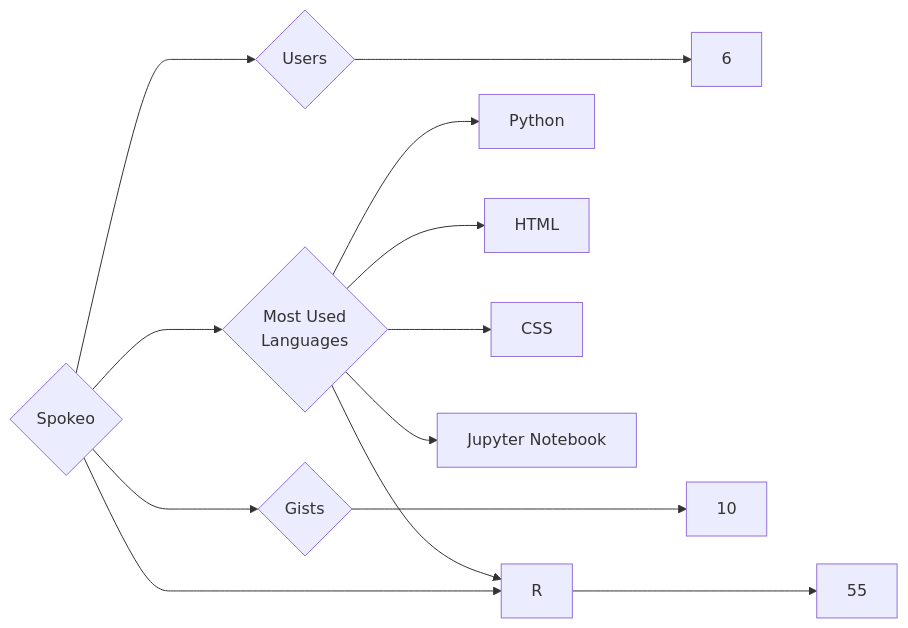
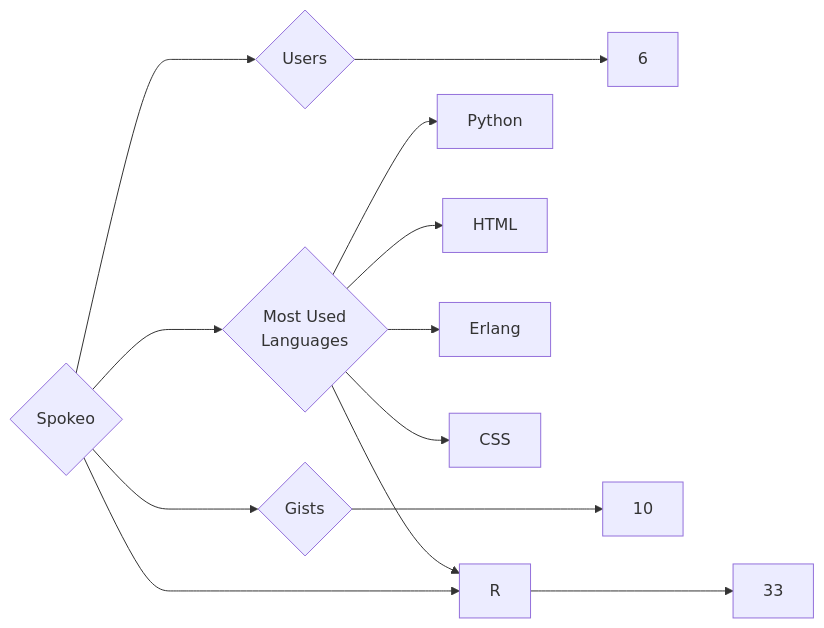
The diagram in targets/Spokeo/README.md (trickest/insiders), drawn with Mermaid before and after one commit. The commit also changed 1508 other files, not shown here.

````diff
--- a/targets/Spokeo/README.md
+++ b/targets/Spokeo/README.md
@@ -3,13 +3,13 @@
 ```mermaid
 graph LR
 COMPANY_NAME{Spokeo}
 COMPANY_NAME ---> U{Users} ---> UN[6]
-COMPANY_NAME ---> R{Repositories} ---> RN[55]
+COMPANY_NAME ---> R{Repositories} ---> RN[33]
 COMPANY_NAME ---> G{Gists} ---> GN[10]
 COMPANY_NAME ---> ML{Most Used<br>Languages}
 ML --> Python[Python]
+ML --> HTML[HTML]
+ML --> Erlang[Erlang]
+ML --> CSS[CSS]
 ML --> R[R]
-ML --> HTML[HTML]
-ML --> CSS[CSS]
-ML --> Jupyter_Notebook[Jupyter Notebook]
 ```
````
